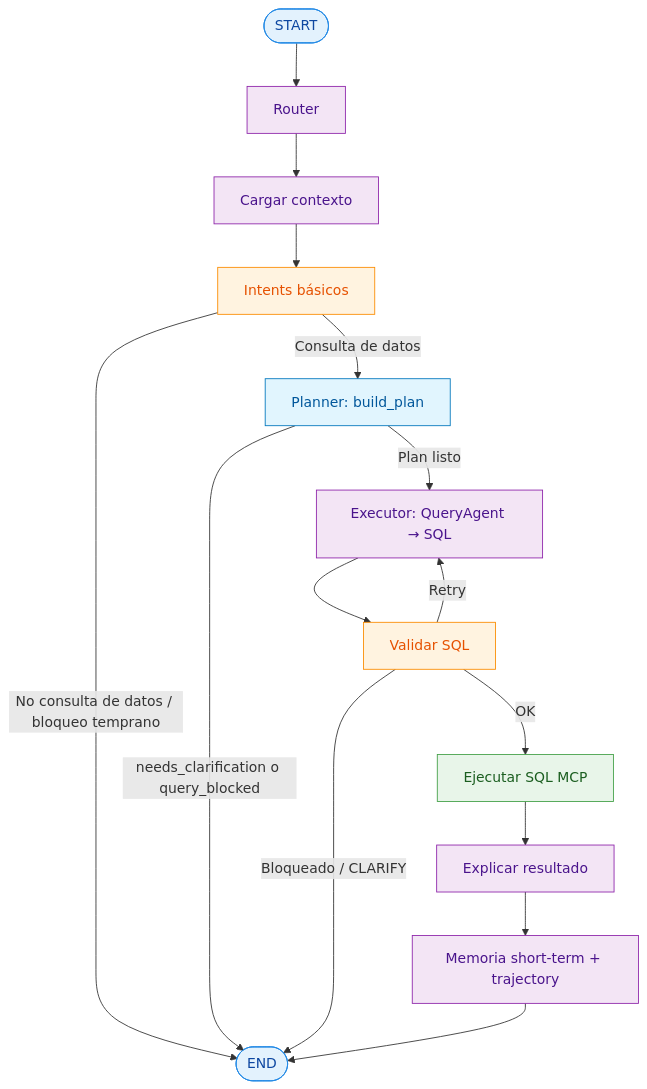
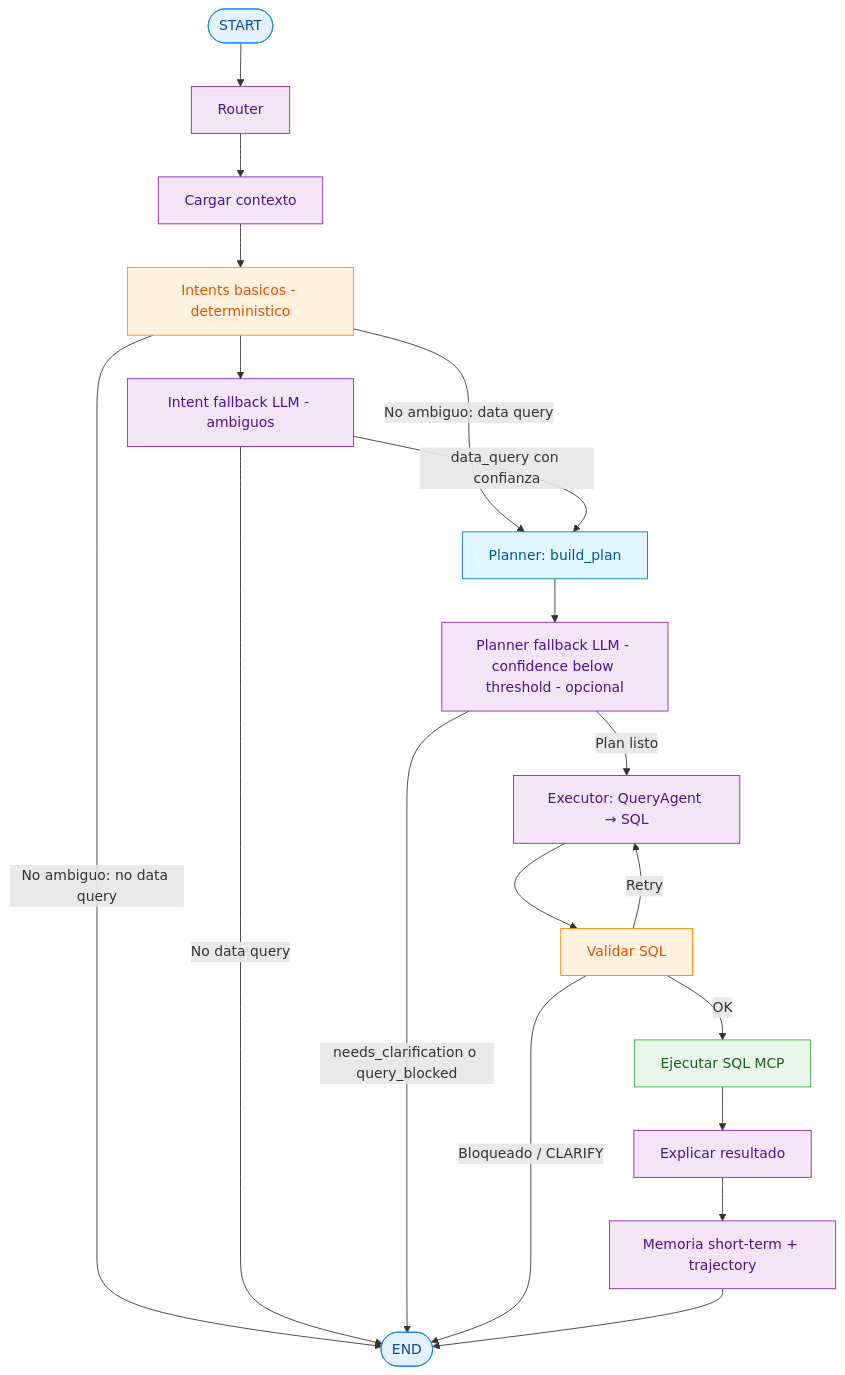
Before and after one commit to boullo2002/TP-multiagentes: the diagram in diagrams/query-graph.md, drawn with Mermaid. The commit also changed other lines of this file and 1 other file, not shown here.

Commit message:
Update README and query graph diagram
Clarify documentation and architecture diagram: simplify agent descriptions in README (remove stray bolding around `draft_bundle` and `query_plan`) and update diagrams path reference to `diagrams/`. Revise diagrams/query-graph.md to reflect the real execution order — add an intention router, intent-fallback LLM and planner-fallback steps, refine decision labels and mermaid flow nodes, and include the new nodes in the class list. These changes make the docs match the implemented control flow and fallback behavior.

````diff
--- a/diagrams/query-graph.md
+++ b/diagrams/query-graph.md
@@ -5,34 +5,38 @@
 ```mermaid
 flowchart TD
     A([START]) --> R[Router]
     R --> L[Cargar contexto]
-    L --> I[Intents básicos]
+    L --> I[Intents basicos - deterministico]
+    I --> IFB[Intent fallback LLM - ambiguos]
 
-    I -->|No consulta de datos / bloqueo temprano| Z([END])
-    I -->|Consulta de datos| P[Planner: build_plan]
+    I -->|No ambiguo: no data query| Z([END])
+    I -->|No ambiguo: data query| P[Planner: build_plan]
+    IFB -->|No data query| Z
+    IFB -->|data_query con confianza| P
 
-    P -->|needs_clarification o query_blocked| Z
-    P -->|Plan listo| S[Executor: QueryAgent → SQL]
+    P --> PF[Planner fallback LLM - confidence below threshold - opcional]
+    PF -->|needs_clarification o query_blocked| Z
+    PF -->|Plan listo| S[Executor: QueryAgent → SQL]
 
     S --> V[Validar SQL]
 
     V -->|Retry| S
     V -->|Bloqueado / CLARIFY| Z
     V -->|OK| E[Ejecutar SQL MCP]
 
     E --> X[Explicar resultado]
     X --> M[Memoria short-term + trajectory]
     M --> Z
 
     classDef io fill:#E3F2FD,stroke:#1E88E5,color:#0D47A1,stroke-width:1px;
     classDef step fill:#F3E5F5,stroke:#8E24AA,color:#4A148C,stroke-width:1px;
     classDef decision fill:#FFF3E0,stroke:#FB8C00,color:#E65100,stroke-width:1px;
     classDef exec fill:#E8F5E9,stroke:#43A047,color:#1B5E20,stroke-width:1px;
     classDef planner fill:#E1F5FE,stroke:#0277BD,color:#01579B,stroke-width:1px;
 
     class A,Z io;
-    class R,L,S,E,X,M step;
+    class R,L,IFB,PF,S,E,X,M step;
     class I,V decision;
     class E exec;
     class P planner;
 ```
````
